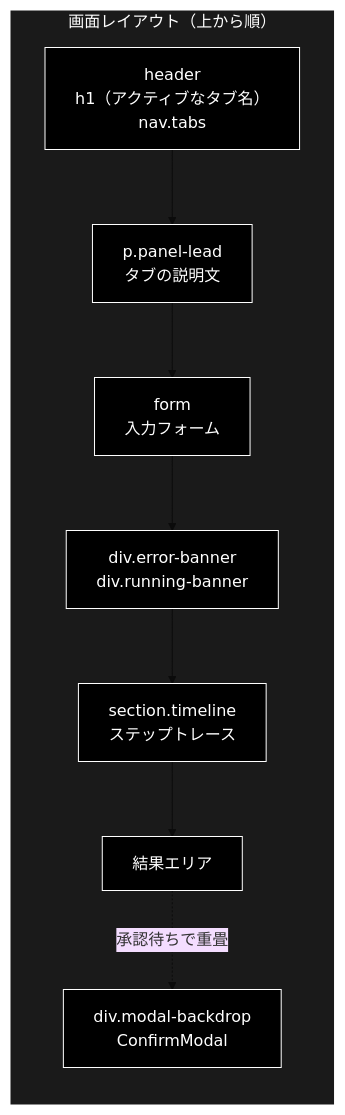
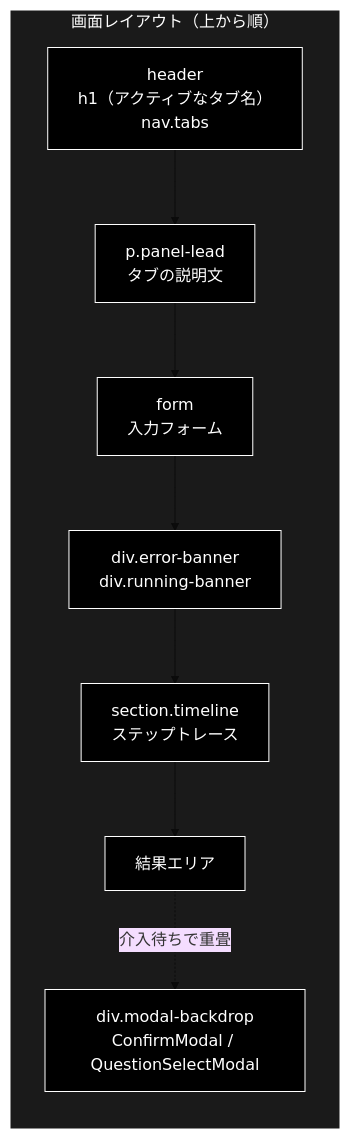
The third of 6 diagrams in README.md (nakashima2toshio/grace_v2), drawn with Mermaid (base theme) before and after one commit. The commit also changed other lines of this file, not shown here.

````diff
--- a/README.md
+++ b/README.md
@@ -400,24 +409,24 @@
 ```mermaid
 flowchart TB
     subgraph SCREEN["画面レイアウト（上から順）"]
         direction TB
         HEAD["header<br>h1（アクティブなタブ名）<br>nav.tabs"]
         LEAD["p.panel-lead<br>タブの説明文"]
         FORM["form<br>入力フォーム"]
         BANNER["div.error-banner<br>div.running-banner"]
         TIME["section.timeline<br>ステップトレース"]
         RESULT["結果エリア"]
-        MODALL["div.modal-backdrop<br>ConfirmModal"]
+        MODALL["div.modal-backdrop<br>ConfirmModal / QuestionSelectModal"]
     end
 
     HEAD --> LEAD
     LEAD --> FORM
     FORM --> BANNER
     BANNER --> TIME
     TIME --> RESULT
-    RESULT -.承認待ちで重畳.-> MODALL
+    RESULT -.介入待ちで重畳.-> MODALL
 classDef default fill:#000,stroke:#fff,color:#fff
 classDef subgraphStyle fill:#1a1a1a,stroke:#fff,color:#fff
 class HEAD,LEAD,FORM,BANNER,TIME,RESULT,MODALL default
 style SCREEN fill:#1a1a1a,stroke:#fff,color:#fff
 ```
````
